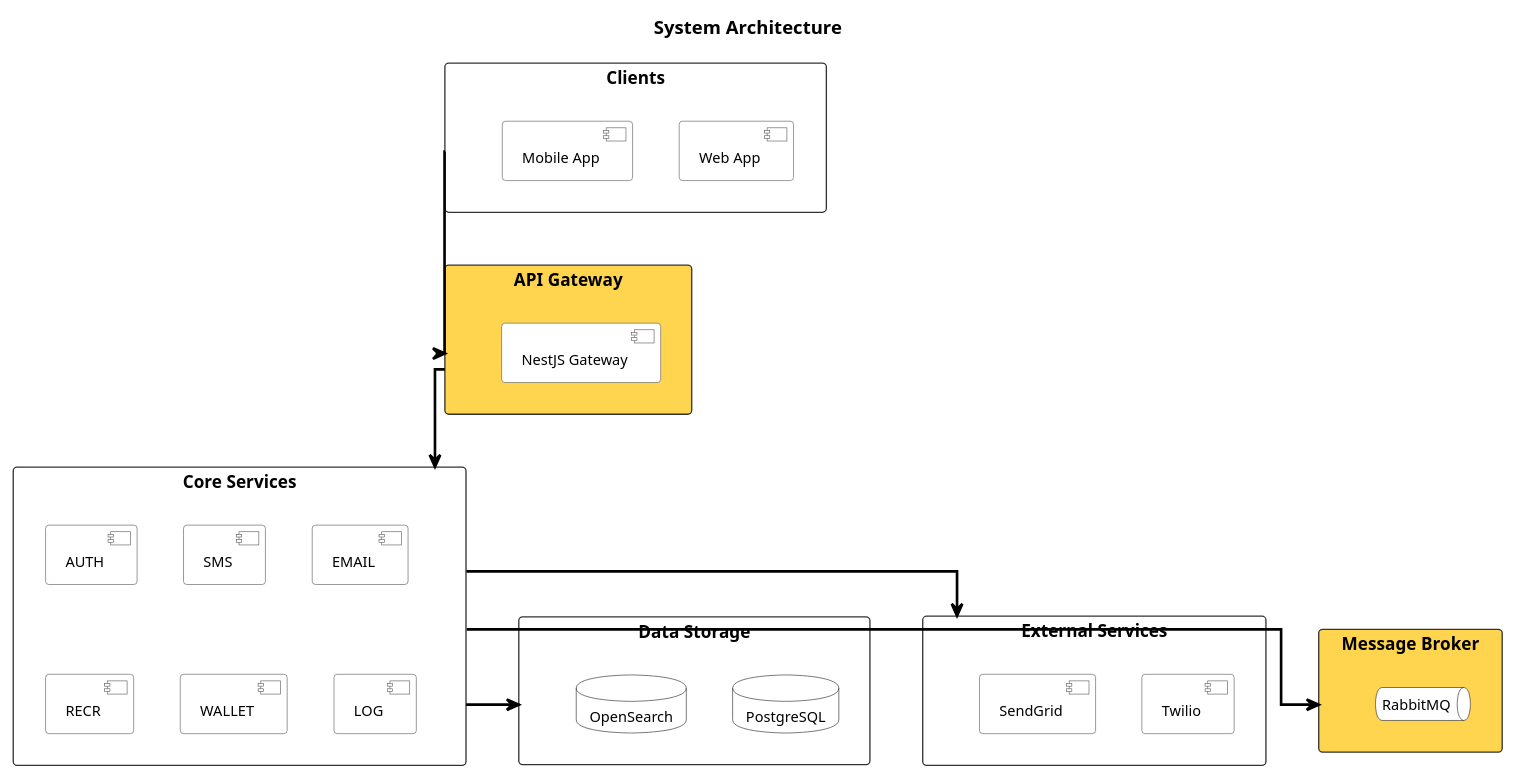
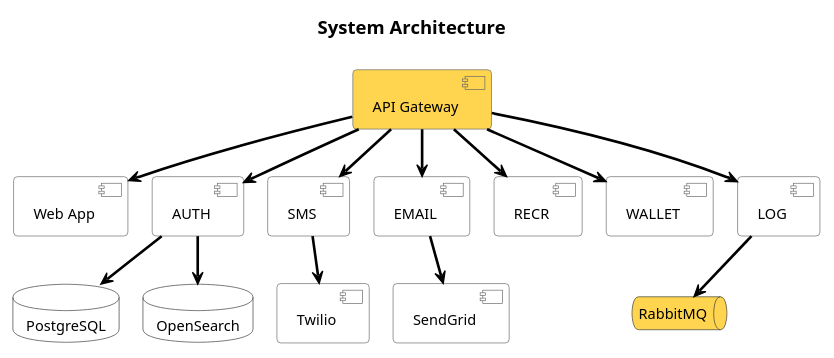
The diagram in templates/architecture-system.puml (namnh240795/document), drawn with PlantUML before and after one commit.

Commit message:
refactor: simplify architecture diagram, remove grouper containers
Remove all grouping rectangles (Clients, Core Services, Infrastructure)
and use flat components with direct arrow connections. Switch to Smetana
layout engine with polyline edges for cleaner rendering.

```diff
--- a/templates/architecture-system.puml
+++ b/templates/architecture-system.puml
@@ -1,116 +1,95 @@
 @startuml
 ' ============================================================
 ' System Architecture - Authentication System
-' Straight arrows, 3 bottom boxes on same row
 ' ============================================================
 
+!pragma layout smetana
 top to bottom direction
 
-skinparam linetype ortho
 skinparam defaultFontName "Arial"
 skinparam defaultFontSize 12
 
-skinparam rectangle {
-  RoundCorner 6
-  BorderColor #333333
-  FontSize 13
-  FontStyle bold
-  FontColor #000000
-}
+skinparam nodesep 40
+skinparam ranksep 50
 
 skinparam component {
   BackgroundColor #FFFFFF
   BorderColor #666666
   FontSize 11
   FontColor #000000
+  RoundCorner 6
 }
 
 skinparam database {
   BackgroundColor #FFFFFF
   BorderColor #333333
   FontSize 11
   FontColor #000000
 }
 
 skinparam queue {
   BackgroundColor #FFFFFF
   BorderColor #333333
   FontSize 11
   FontColor #000000
 }
 
 skinparam arrow {
   Color #000000
   Thickness 2
 }
 
+skinparam linetype polyline
+
 title System Architecture
 
-' ============================================================
-' LAYER 1 - Clients
-' ============================================================
-rectangle "  Clients  " as clients #FFFFFF {
-  component "Web App" as web
-  component "Mobile App" as mobile
-}
+' Gateway
+component "API Gateway" as gw #FFD54F
 
-' ============================================================
-' LAYER 2 - Gateway
-' ============================================================
-rectangle "  API Gateway  " as gw #FFD54F {
-  component "NestJS Gateway" as gateway
-}
+' Core Services (Web App same layer)
+component "Web App" as web
+component "AUTH" as auth
+component "SMS" as sms
+component "EMAIL" as email
+component "RECR" as recr
+component "WALLET" as wallet
+component "LOG" as log
 
-' ============================================================
-' LAYER 3 - Core Services
-' ============================================================
-rectangle "  Core Services  " as services #FFFFFF {
-  component "AUTH" as auth
-  component "SMS" as sms
-  component "EMAIL" as email
-  component "RECR" as recr
-  component "WALLET" as wallet
-  component "LOG" as log
-}
+' Infrastructure
+database "PostgreSQL" as pg
+database "OpenSearch" as os
+component "Twilio" as twilio
+component "SendGrid" as sendgrid
+queue "RabbitMQ" as mq #FFD54F
 
-' ============================================================
-' LAYER 4 - Data Storage | External | Message Broker (same row)
-' ============================================================
-rectangle "  Data Storage  " as storage #FFFFFF {
-  database "PostgreSQL" as pg
-  database "OpenSearch" as os
-}
+' Gateway -> Services
+gw -down-> web
+gw -down-> auth
+gw -down-> sms
+gw -down-> email
+gw -down-> recr
+gw -down-> wallet
+gw -down-> log
 
-rectangle "  External Services  " as external #FFFFFF {
-  component "Twilio" as twilio
-  component "SendGrid" as sendgrid
-}
+' Services -> Infrastructure
+auth -down-> pg
+auth -down-> os
+sms -down-> twilio
+email -down-> sendgrid
+log -down-> mq
 
-rectangle "  Message Broker  " as broker #FFD54F {
-  queue "RabbitMQ" as mq
-}
+' Row alignment: services
+web -[hidden]right-> auth
+auth -[hidden]right-> sms
+sms -[hidden]right-> email
+email -[hidden]right-> recr
+recr -[hidden]right-> wallet
+wallet -[hidden]right-> log
 
-' ============================================================
-' LAYOUT FORCING
-' ============================================================
-' Vertical flow
-clients -[hidden]down-> gw
-gw -[hidden]down-> services
-
-' Force 3 boxes on same row, directly under services
-services -[hidden]down-> storage
-services -[hidden]down-> external
-services -[hidden]down-> broker
-storage -[hidden]right-> external
-external -[hidden]right-> broker
-
-' ============================================================
-' CONNECTIONS
-' ============================================================
-clients -down-> gw
-gw -down-> services
-services -down-> storage
-services -down-> broker
-services -down-> external
+' Row alignment: infrastructure
+pg -[hidden]right-> os
+os -[hidden]right-> twilio
+twilio -[hidden]right-> sendgrid
+sendgrid -[hidden]right-> mq
 
 @enduml
```
